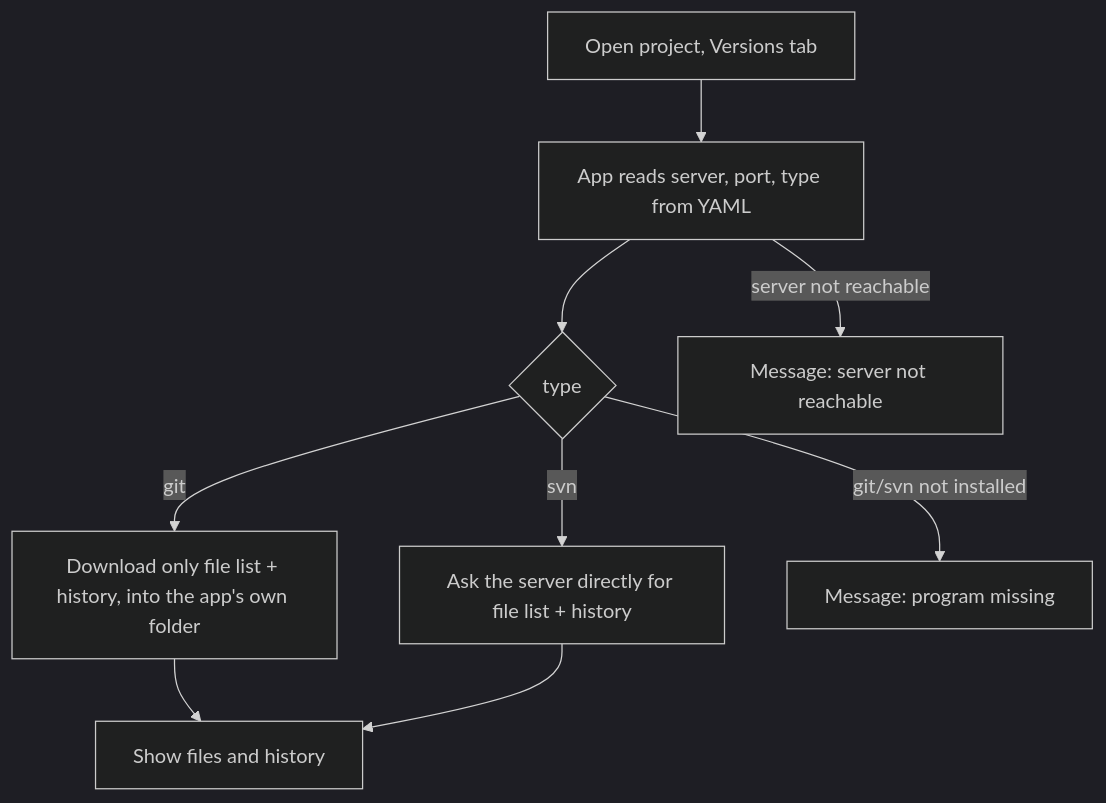
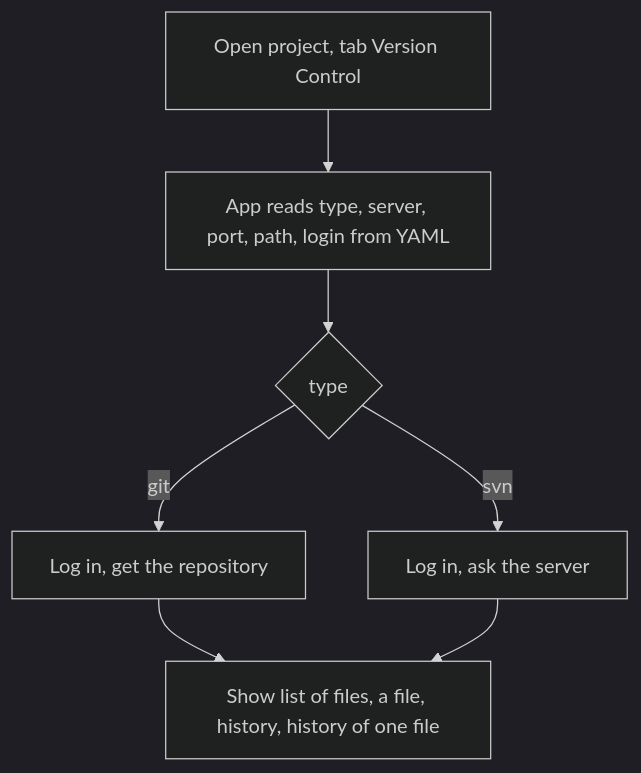
The diagram in docs/plans/VERSION-CONTROL.md (GFGMNET/Workspace), drawn with Mermaid (dark theme) before and after one commit. The commit also changed other lines of this file, not shown here.

First line of the commit message:
Plan: read access with login, tab Version Control, checks listed per function

````diff
--- a/docs/plans/VERSION-CONTROL.md
+++ b/docs/plans/VERSION-CONTROL.md
@@ -53,11 +58,9 @@
 ```mermaid
 flowchart TD
-  A[Open project, Versions tab] --> B[App reads server, port, type from YAML]
+  A[Open project, tab Version Control] --> B[App reads type, server, port, path, login from YAML]
   B --> C{type}
-  C -->|git| D[Download only file list + history, into the app's own folder]
-  C -->|svn| E[Ask the server directly for file list + history]
-  D --> F[Show files and history]
+  C -->|git| D[Log in, get the repository]
+  C -->|svn| E[Log in, ask the server]
+  D --> F[Show list of files, a file, history, history of one file]
   E --> F
-  B -->|server not reachable| G[Message: server not reachable]
-  C -->|git/svn not installed| H[Message: program missing]
 ```
````
